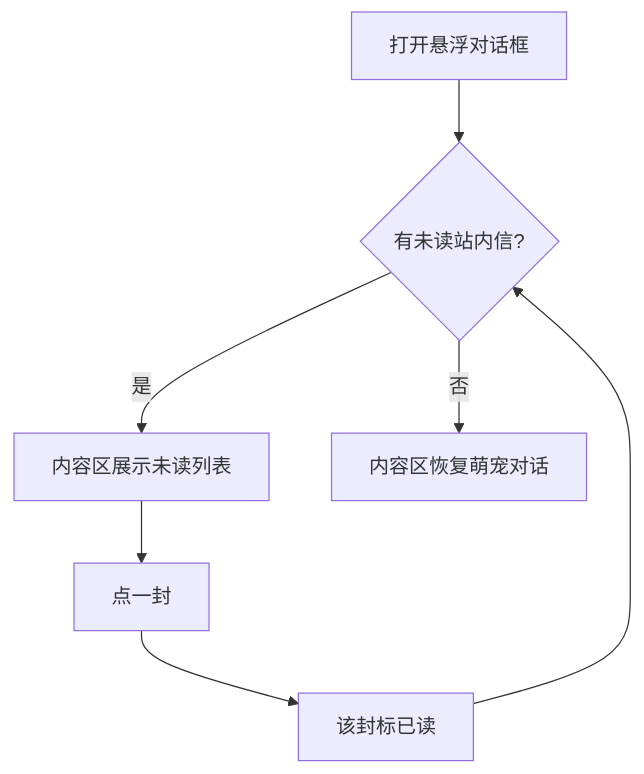
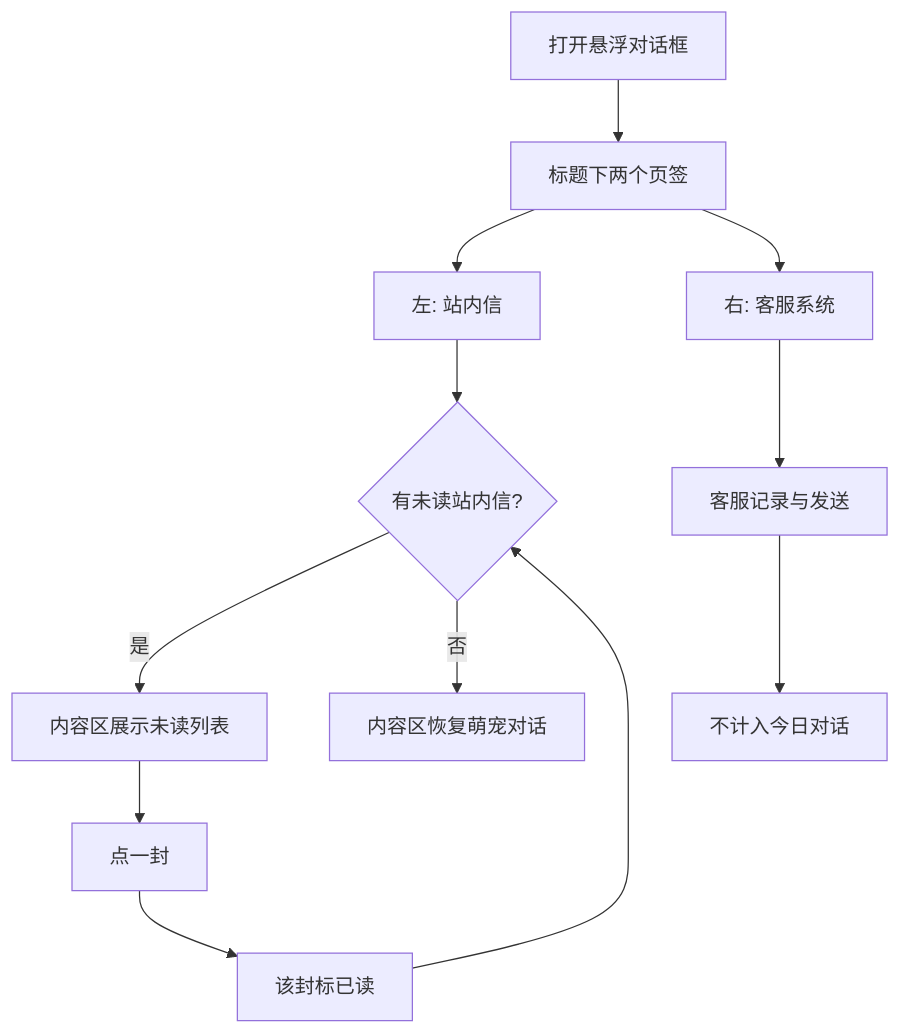
One commit to huasabrina8-dotcom/qq-pet-vip-prototype changed the sixth of 8 diagrams in docs/萌宠乐园-开发测试宣讲需求.md. Above: the diagram before and after it, drawn with Mermaid. The commit also changed other lines of this file and 147 other files, not shown here.

````diff
--- a/docs/萌宠乐园-开发测试宣讲需求.md
+++ b/docs/萌宠乐园-开发测试宣讲需求.md
@@ -682,9 +719,14 @@
 ```mermaid
 flowchart TD
-  A[打开悬浮对话框] --> B{有未读站内信?}
+  A[打开悬浮对话框] --> T[标题下两个页签]
+  T --> L[左: 站内信]
+  T --> R[右: 客服系统]
+  L --> B{有未读站内信?}
   B -->|是| C[内容区展示未读列表]
   C --> D[点一封]
   D --> E[该封标已读]
   E --> B
   B -->|否| F[内容区恢复萌宠对话]
+  R --> G[客服记录与发送]
+  G --> H[不计入今日对话]
 ```
````
